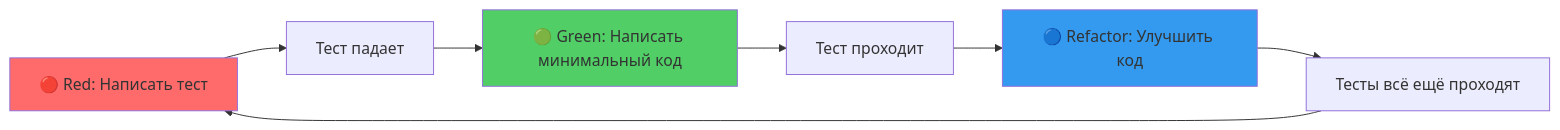
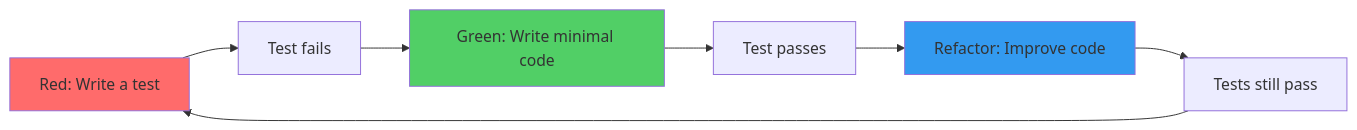
One commit to ad3002/masters-course-2025-vibe-coding changed the third of 13 diagrams in materials/workshop3.md. Above: the diagram before and after it, drawn with Mermaid. The commit also changed other lines of this file, not shown here.

````diff
--- a/materials/workshop3.md
+++ b/materials/workshop3.md
@@ -87,13 +87,13 @@
     ```mermaid
     graph LR
-        A[🔴 Red: Написать тест] --> B[Тест падает]
-        B --> C[🟢 Green: Написать минимальный код]
-        C --> D[Тест проходит]
-        D --> E[🔵 Refactor: Улучшить код]
-        E --> F[Тесты всё ещё проходят]
+        A[Red: Write a test] --> B[Test fails]
+        B --> C[Green: Write minimal code]
+        C --> D[Test passes]
+        D --> E[Refactor: Improve code]
+        E --> F[Tests still pass]
         F --> A
 
         style A fill:#ff6b6b
         style C fill:#51cf66
         style E fill:#339af0
     ```
````
